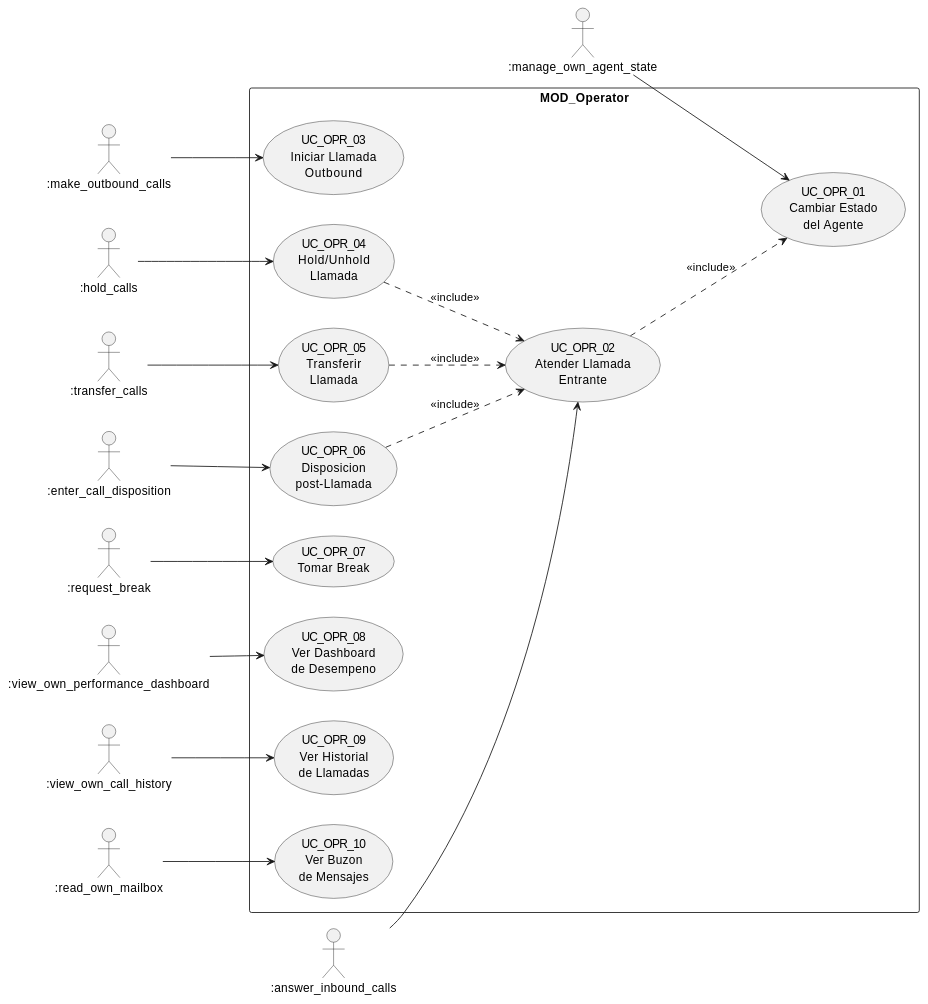
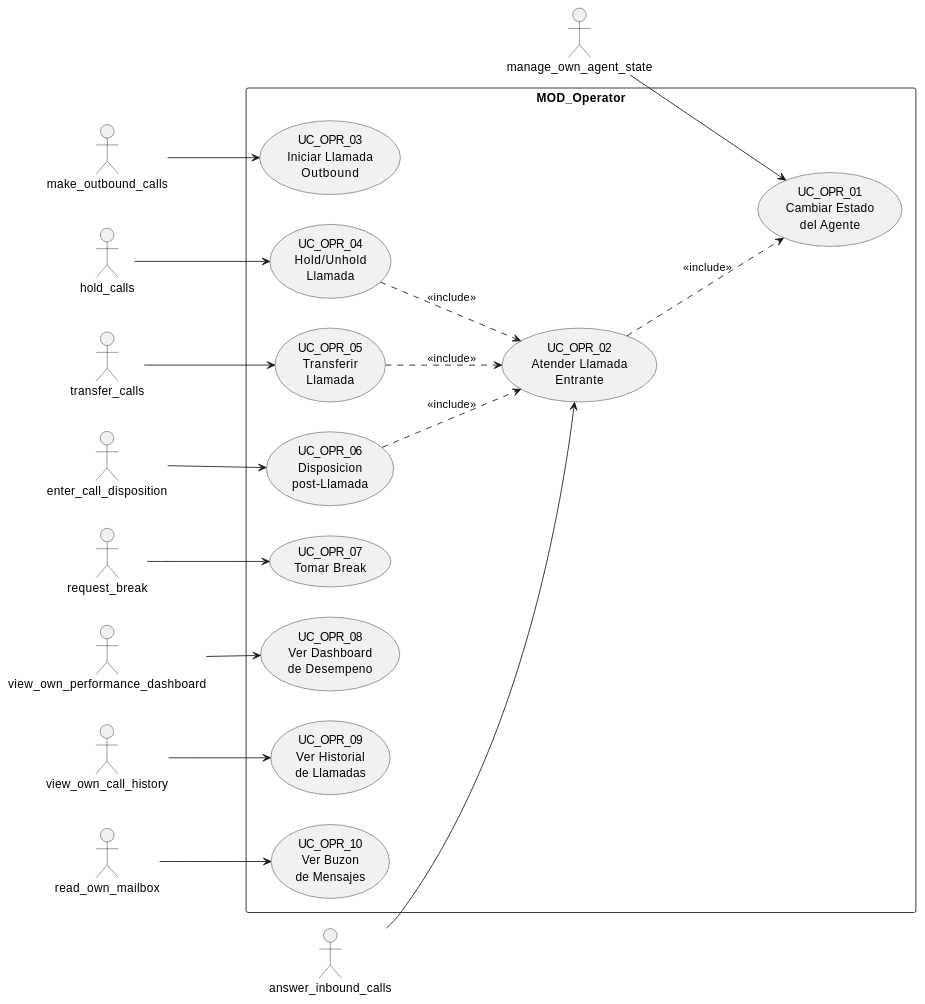
One commit to jcg-admin/IACT-docs changed the tenth of 13 diagrams in source/arquitectura-tecnica/diagramas-uc-por-modulo.rst. Above: the diagram before and after it, drawn with PlantUML. The commit also changed other lines of this file and 157 other files, not shown here.

First line of the commit message:
Enforce catalog function names across all diagrams

```diff
--- a/source/arquitectura-tecnica/diagramas-uc-por-modulo.rst
+++ b/source/arquitectura-tecnica/diagramas-uc-por-modulo.rst
@@ -447,47 +441,47 @@
 .. uml::
  :caption: Figura 25 — MOD_Operator: casos de uso
 
  @startuml
  left to right direction
 
- actor ":manage_own_agent_state" as MGS
- actor ":answer_inbound_calls" as AIC
- actor ":make_outbound_calls" as MOC
- actor ":hold_calls" as HC
- actor ":transfer_calls" as TC
- actor ":enter_call_disposition" as ECD
- actor ":request_break" as RBK
- actor ":view_own_performance_dashboard" as VOPD
- actor ":view_own_call_history" as VOCH
- actor ":read_own_mailbox" as ROM
+ actor "manage_own_agent_state" as MGS
+ actor "answer_inbound_calls" as AIC
+ actor "make_outbound_calls" as MOC
+ actor "hold_calls" as HC
+ actor "transfer_calls" as TC
+ actor "enter_call_disposition" as ECD
+ actor "request_break" as RBK
+ actor "view_own_performance_dashboard" as VOPD
+ actor "view_own_call_history" as VOCH
+ actor "read_own_mailbox" as ROM
 
  rectangle "MOD_Operator" {
    usecase "UC_OPR_01\nCambiar Estado\ndel Agente" as O01
    usecase "UC_OPR_02\nAtender Llamada\nEntrante" as O02
    usecase "UC_OPR_03\nIniciar Llamada\nOutbound" as O03
    usecase "UC_OPR_04\nHold/Unhold\nLlamada" as O04
    usecase "UC_OPR_05\nTransferir\nLlamada" as O05
    usecase "UC_OPR_06\nDisposicion\npost-Llamada" as O06
    usecase "UC_OPR_07\nTomar Break" as O07
    usecase "UC_OPR_08\nVer Dashboard\nde Desempeno" as O08
    usecase "UC_OPR_09\nVer Historial\nde Llamadas" as O09
    usecase "UC_OPR_10\nVer Buzon\nde Mensajes" as O10
  }
 
  MGS --> O01
  AIC --> O02
  MOC --> O03
  HC --> O04
  TC --> O05
  ECD --> O06
  RBK --> O07
  VOPD --> O08
  VOCH --> O09
  ROM --> O10
 
  O02 ..> O01 : <<include>>
  O06 ..> O02 : <<include>>
  O04 ..> O02 : <<include>>
  O05 ..> O02 : <<include>>
 
  @enduml
```
